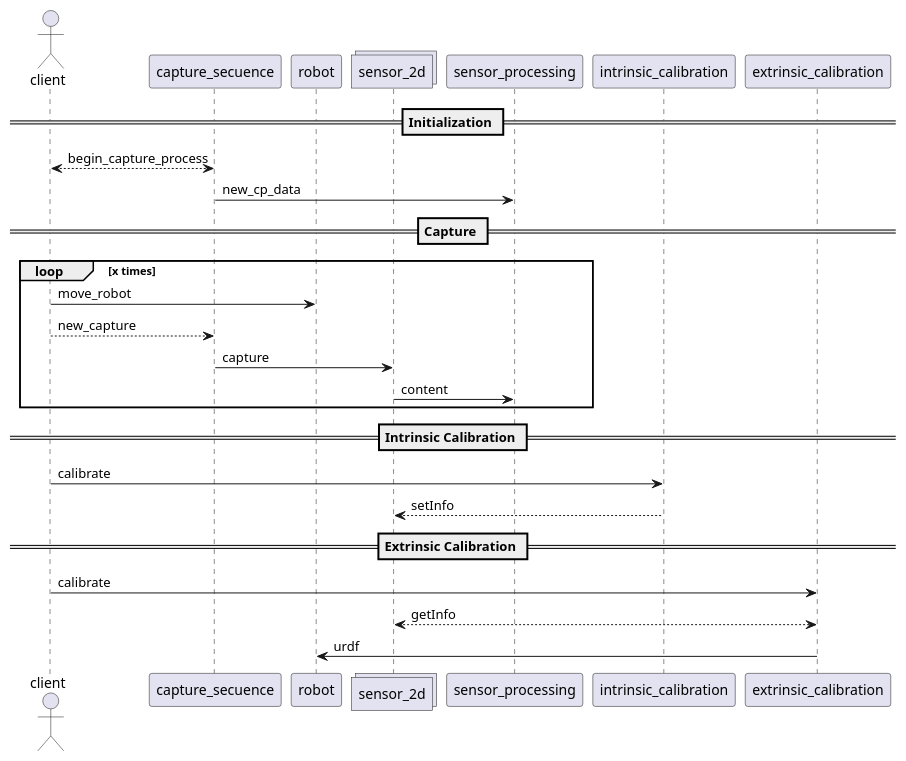
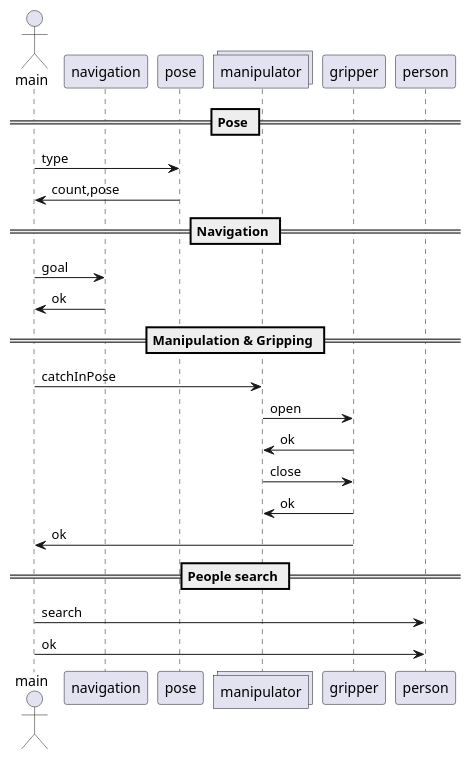
The diagram in par_project_sequence.puml (mlopezfu/par_2021_docs), drawn with PlantUML before and after one commit.

Commit message:
Update par_project_sequence.puml
Updated to packages

```diff
--- a/par_project_sequence.puml
+++ b/par_project_sequence.puml
@@ -1,27 +1,27 @@
 @startuml
-actor client as cli
-participant capture_secuence as cs 
-participant robot as ro
-collections sensor_2d as sensors
-participant sensor_processing as sp
-participant intrinsic_calibration as ic
-participant extrinsic_calibration as ec
-== Initialization ==
-cli <--> cs: begin_capture_process
-cs->sp:new_cp_data
-== Capture ==
-loop x times
-cli->ro: move_robot
-cli-->cs: new_capture
-cs->sensors:capture
-sensors->sp:content
-end
-== Intrinsic Calibration ==
-cli->ic:calibrate
-ic-->sensors:setInfo
-== Extrinsic Calibration ==
-cli->ec:calibrate
-ec<-->sensors:getInfo
-ec->ro:urdf
+actor main as ma
+participant navigation as na
+participant pose as po
+collections manipulator as ro
+participant gripper as gr
+participant person as pe
 
+== Pose ==
+ma -> po: type
+ma <- po: count,pose
+== Navigation ==
+
+ma->na: goal
+ma<-na:ok
+
+== Manipulation & Gripping ==
+ma->ro:catchInPose
+ro->gr:open
+gr->ro:ok
+ro->gr:close
+gr->ro:ok
+gr->ma:ok
+== People search ==
+ma->pe:search
+ma->pe:ok
 @enduml
```
